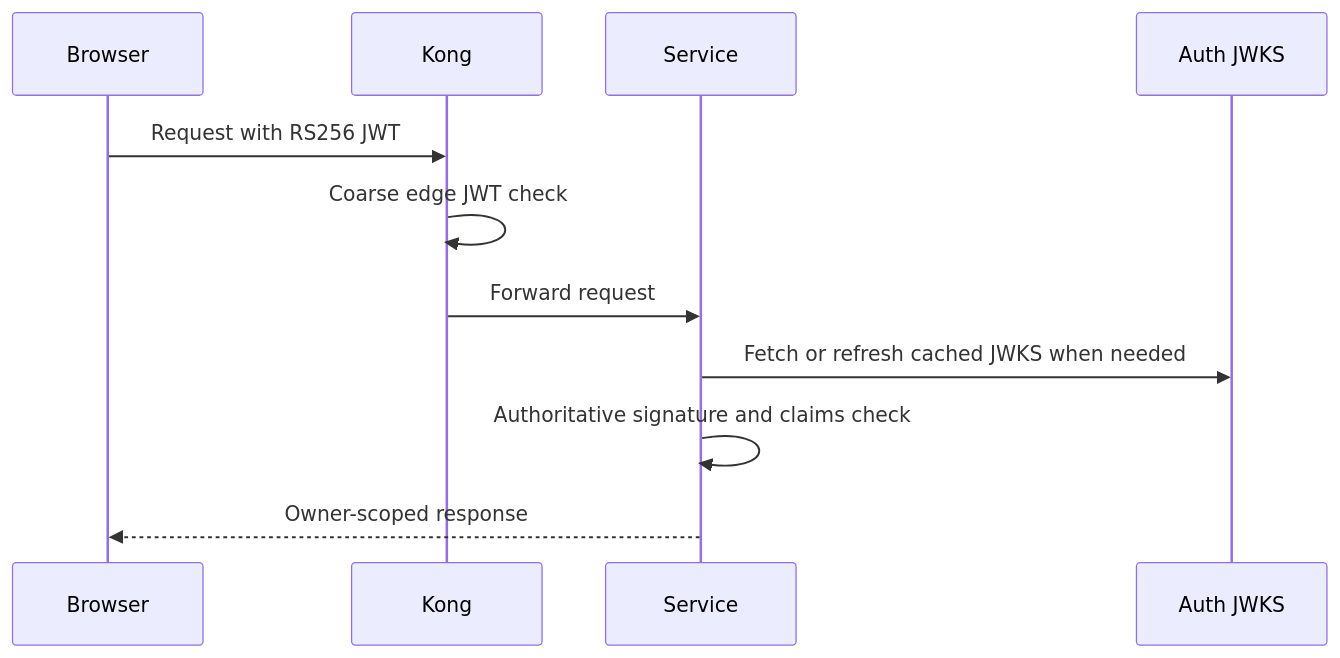
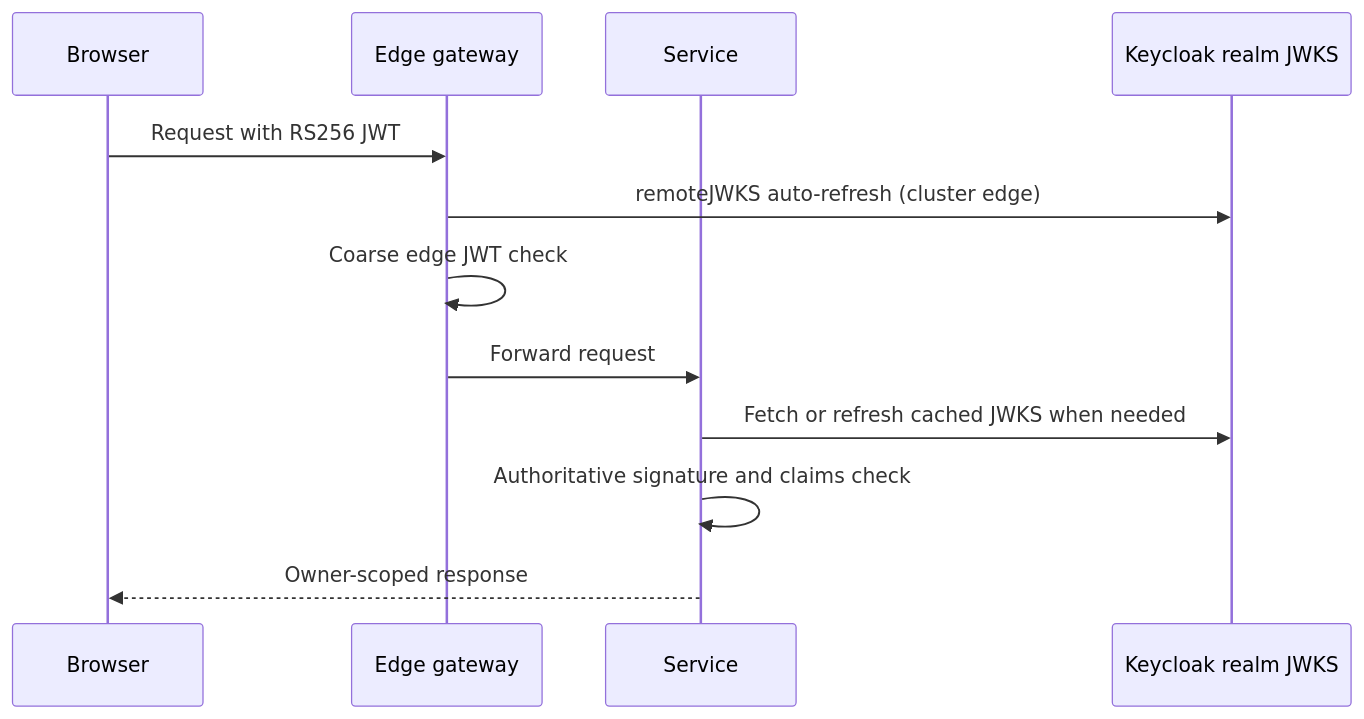
The fourth of 10 diagrams in docs/api/api.md (duynhlab/homelab), drawn with Mermaid before and after one commit. The commit also changed other lines of this file and 30 other files, not shown here.

````diff
--- a/docs/api/api.md
+++ b/docs/api/api.md
@@ -277,13 +285,14 @@
 ```mermaid
 sequenceDiagram
     participant B as Browser
-    participant K as Kong
+    participant K as Edge gateway
     participant S as Service
-    participant A as Auth JWKS
+    participant A as Keycloak realm JWKS
     B->>K: Request with RS256 JWT
+    K->>A: remoteJWKS auto-refresh (cluster edge)
     K->>K: Coarse edge JWT check
     K->>S: Forward request
     S->>A: Fetch or refresh cached JWKS when needed
     S->>S: Authoritative signature and claims check
     S-->>B: Owner-scoped response
 ```
````
